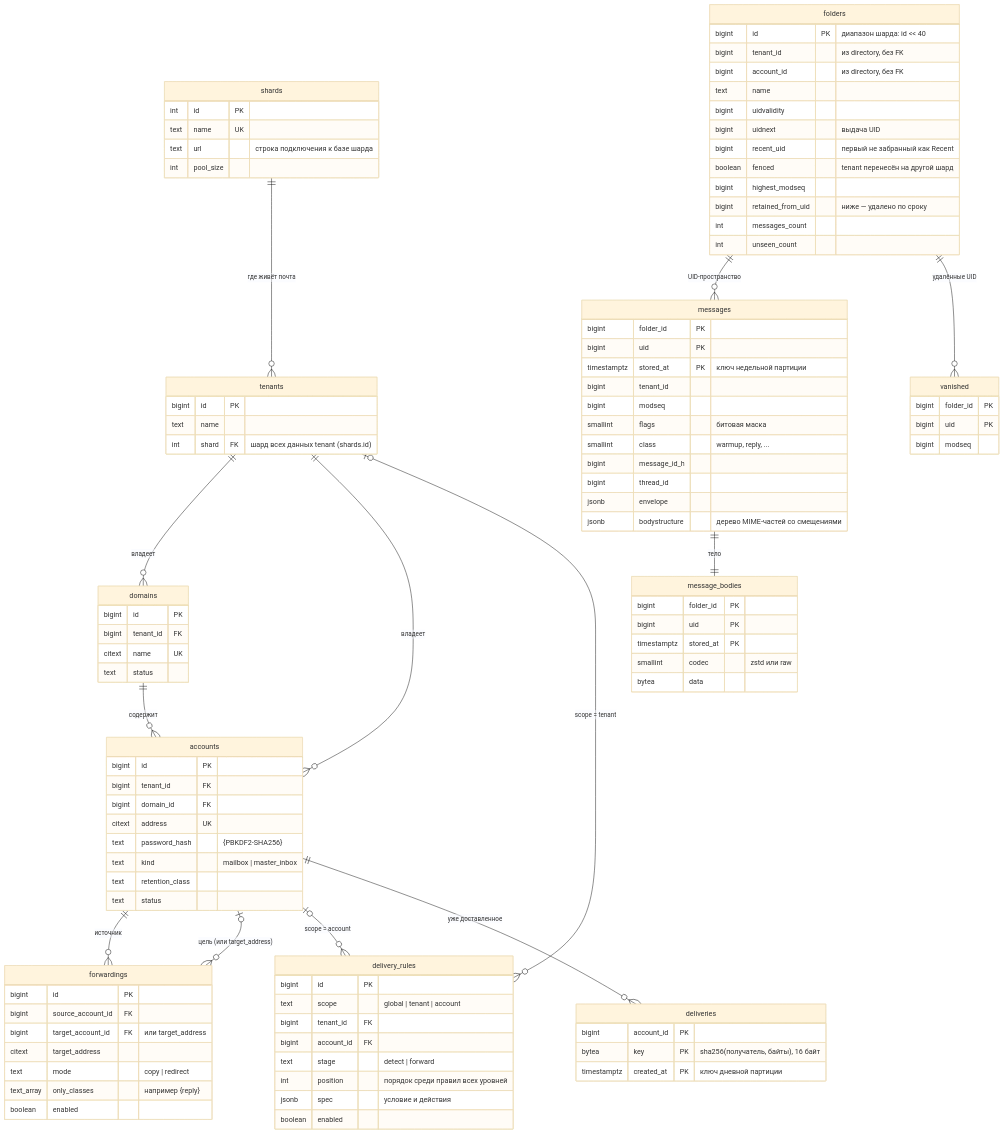
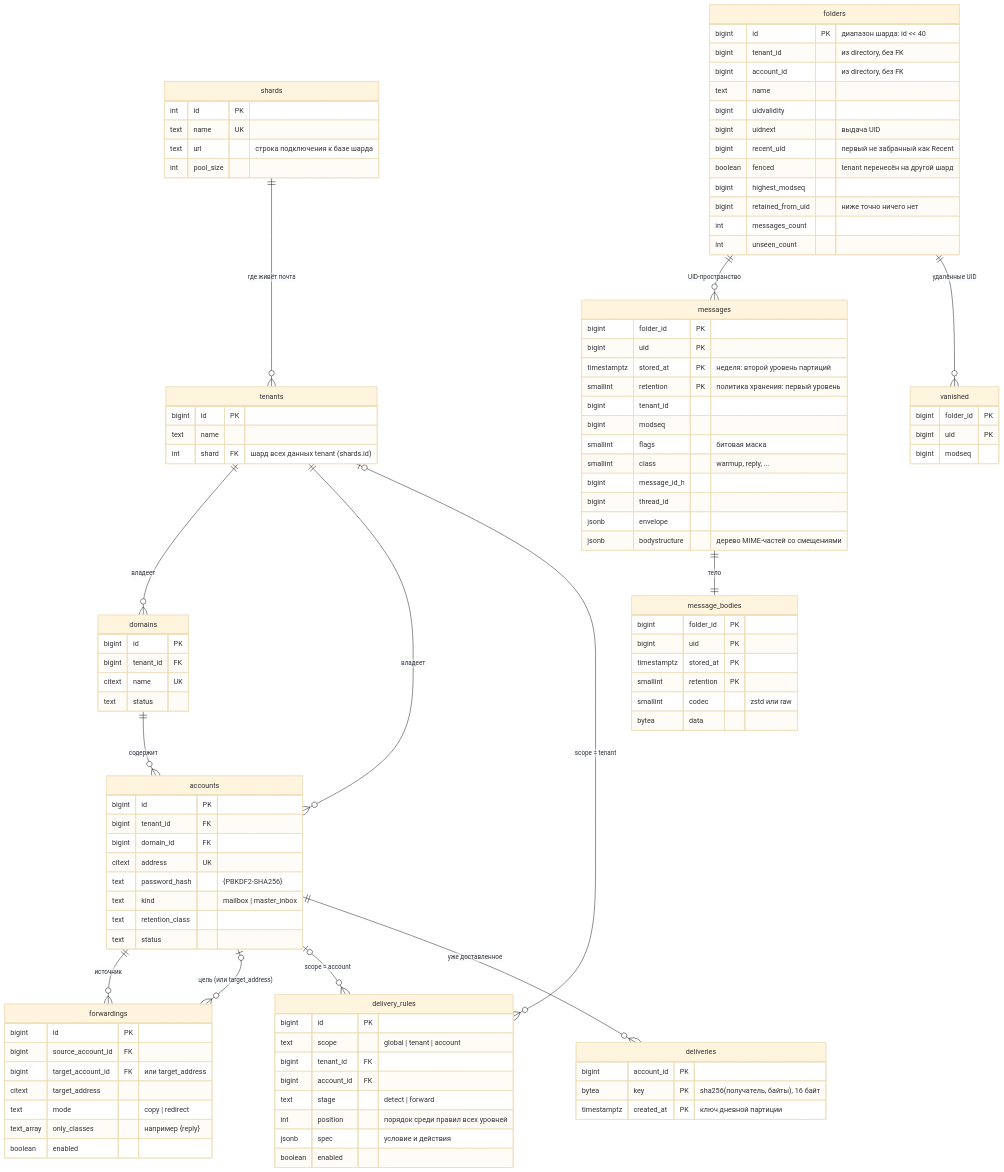
Before and after one commit to ichi404gh/mailstore: the sixth of 8 diagrams in docs/architecture.md, drawn with Mermaid (base theme). The commit also changed other lines of this file and 17 other files, not shown here.

```diff
--- a/docs/architecture.md
+++ b/docs/architecture.md
@@ -311,14 +311,15 @@
     bigint recent_uid "первый не забранный как Recent"
     boolean fenced "tenant перенесён на другой шард"
     bigint highest_modseq
-    bigint retained_from_uid "ниже — удалено по сроку"
+    bigint retained_from_uid "ниже точно ничего нет"
     int messages_count
     int unseen_count
   }
   messages {
     bigint folder_id PK
     bigint uid PK
-    timestamptz stored_at PK "ключ недельной партиции"
+    timestamptz stored_at PK "неделя: второй уровень партиций"
+    smallint retention PK "политика хранения: первый уровень"
     bigint tenant_id
     bigint modseq
     smallint flags "битовая маска"
@@ -332,6 +333,7 @@
     bigint folder_id PK
     bigint uid PK
     timestamptz stored_at PK
+    smallint retention PK
     smallint codec "zstd или raw"
     bytea data
   }
```
